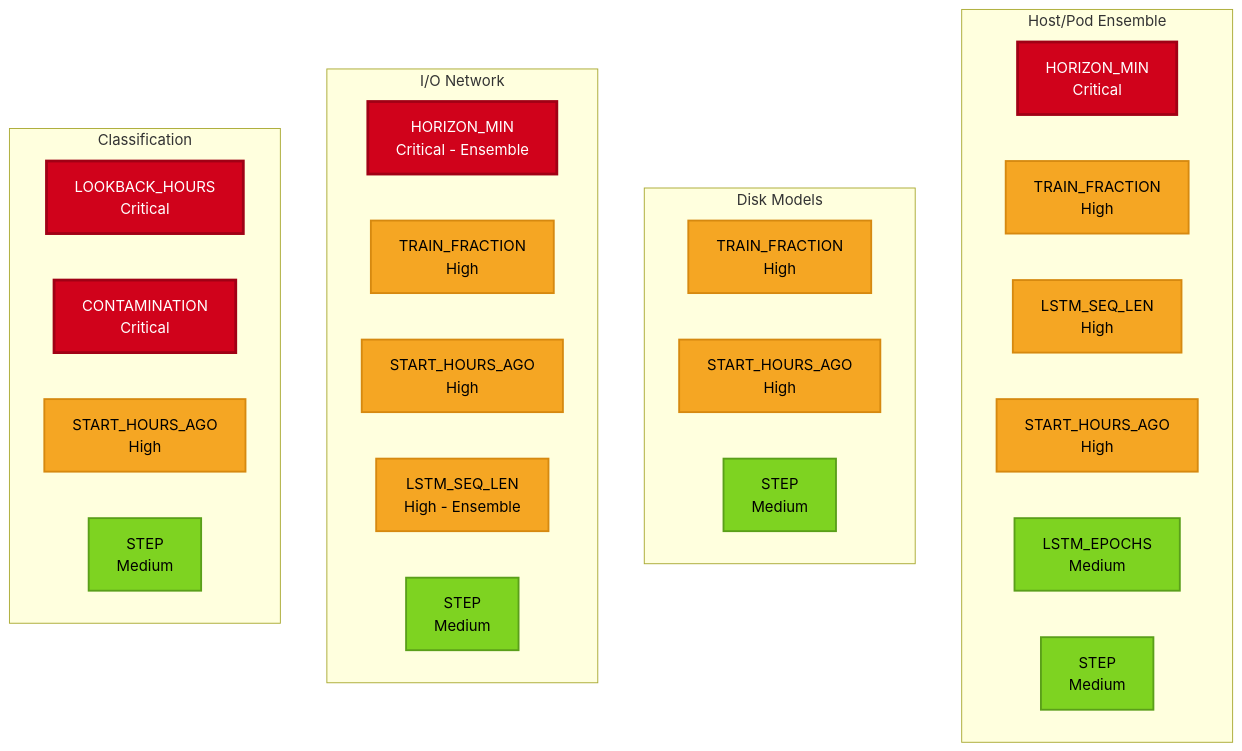
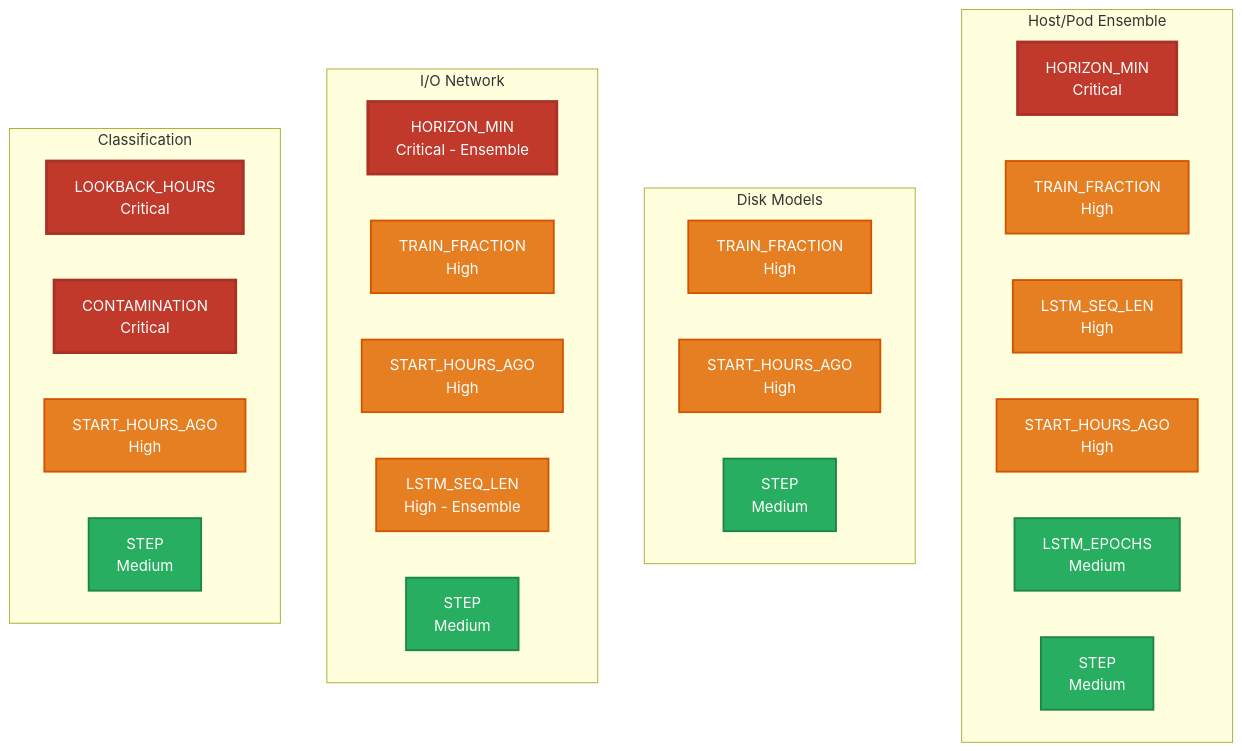
Before and after one commit to k8sautom8/metrics-ml: the tenth of 11 diagrams in Docs/VISUAL_ARCHITECTURE_GUIDE.md, drawn with Mermaid. The commit also changed other lines of this file, not shown here.

````diff
--- a/Docs/VISUAL_ARCHITECTURE_GUIDE.md
+++ b/Docs/VISUAL_ARCHITECTURE_GUIDE.md
@@ -653,40 +654,40 @@
 ```mermaid
 graph TD
     subgraph "Host/Pod Ensemble"
         HP1[HORIZON_MIN<br/>Critical]
         HP2[TRAIN_FRACTION<br/>High]
         HP3[LSTM_SEQ_LEN<br/>High]
         HP4[START_HOURS_AGO<br/>High]
         HP5[LSTM_EPOCHS<br/>Medium]
         HP6[STEP<br/>Medium]
     end
     
     subgraph "Disk Models"
         D1[TRAIN_FRACTION<br/>High]
         D2[START_HOURS_AGO<br/>High]
         D3[STEP<br/>Medium]
     end
     
     subgraph "I/O Network"
         IO1[HORIZON_MIN<br/>Critical - Ensemble]
         IO2[TRAIN_FRACTION<br/>High]
         IO3[START_HOURS_AGO<br/>High]
         IO4[LSTM_SEQ_LEN<br/>High - Ensemble]
         IO5[STEP<br/>Medium]
     end
     
     subgraph "Classification"
         C1[LOOKBACK_HOURS<br/>Critical]
         C2[CONTAMINATION<br/>Critical]
         C3[START_HOURS_AGO<br/>High]
         C4[STEP<br/>Medium]
     end
     
-    classDef critical fill:#D0021B,stroke:#A00115,stroke-width:3px,color:#fff
-    classDef high fill:#F5A623,stroke:#D68910,stroke-width:2px,color:#000
-    classDef medium fill:#7ED321,stroke:#5A9F1A,stroke-width:2px,color:#000
+    classDef critical fill:#C0392B,stroke:#A93226,stroke-width:3px,color:#fff
+    classDef high fill:#E67E22,stroke:#D35400,stroke-width:2px,color:#fff
+    classDef medium fill:#27AE60,stroke:#1E8449,stroke-width:2px,color:#fff
     
     class HP1,IO1,C1,C2 critical
     class HP2,HP3,HP4,D1,D2,IO2,IO3,IO4,C3 high
     class HP5,HP6,D3,IO5,C4 medium
 ```
````
